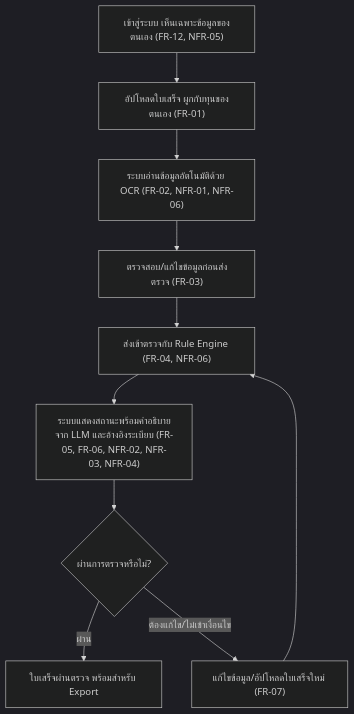
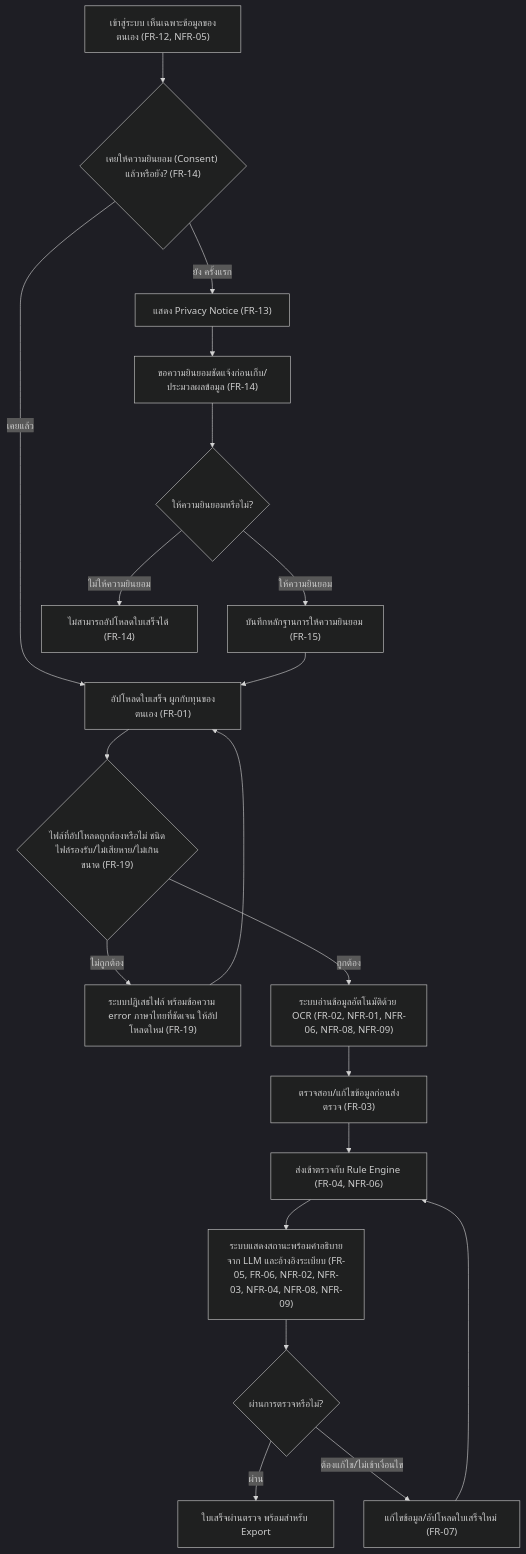
One commit to ptrsswnr/Grant-Receipt-Assistant changed the first of 7 diagrams in docs/02-design/user-journey.md. Above: the diagram before and after it, drawn with Mermaid (dark theme). The commit also changed other lines of this file and 35 other files, not shown here.

````diff
--- a/docs/02-design/user-journey.md
+++ b/docs/02-design/user-journey.md
@@ -12,17 +14,33 @@
 ```mermaid
 flowchart TD
     A["เข้าสู่ระบบ เห็นเฉพาะข้อมูลของตนเอง (FR-12, NFR-05)"]
-    B["อัปโหลดใบเสร็จ ผูกกับทุนของตนเอง (FR-01)"]
-    C["ระบบอ่านข้อมูลอัตโนมัติด้วย OCR (FR-02, NFR-01, NFR-06)"]
-    D["ตรวจสอบ/แก้ไขข้อมูลก่อนส่งตรวจ (FR-03)"]
-    E["ส่งเข้าตรวจกับ Rule Engine (FR-04, NFR-06)"]
-    F["ระบบแสดงสถานะพร้อมคำอธิบายจาก LLM และอ้างอิงระเบียบ (FR-05, FR-06, NFR-02, NFR-03, NFR-04)"]
-    G{"ผ่านการตรวจหรือไม่?"}
-    H["แก้ไขข้อมูล/อัปโหลดใบเสร็จใหม่ (FR-07)"]
-    I["ใบเสร็จผ่านตรวจ พร้อมสำหรับ Export"]
+    B{"เคยให้ความยินยอม (Consent) แล้วหรือยัง? (FR-14)"}
+    C["แสดง Privacy Notice (FR-13)"]
+    D["ขอความยินยอมชัดแจ้งก่อนเก็บ/ประมวลผลข้อมูล (FR-14)"]
+    E{"ให้ความยินยอมหรือไม่?"}
+    F["บันทึกหลักฐานการให้ความยินยอม (FR-15)"]
+    G["ไม่สามารถอัปโหลดใบเสร็จได้ (FR-14)"]
+    H["อัปโหลดใบเสร็จ ผูกกับทุนของตนเอง (FR-01)"]
+    H2{"ไฟล์ที่อัปโหลดถูกต้องหรือไม่ ชนิดไฟล์รองรับ/ไม่เสียหาย/ไม่เกินขนาด (FR-19)"}
+    H3["ระบบปฏิเสธไฟล์ พร้อมข้อความ error ภาษาไทยที่ชัดเจน ให้อัปโหลดใหม่ (FR-19)"]
+    I["ระบบอ่านข้อมูลอัตโนมัติด้วย OCR (FR-02, NFR-01, NFR-06, NFR-08, NFR-09)"]
+    J["ตรวจสอบ/แก้ไขข้อมูลก่อนส่งตรวจ (FR-03)"]
+    K["ส่งเข้าตรวจกับ Rule Engine (FR-04, NFR-06)"]
+    L["ระบบแสดงสถานะพร้อมคำอธิบายจาก LLM และอ้างอิงระเบียบ (FR-05, FR-06, NFR-02, NFR-03, NFR-04, NFR-08, NFR-09)"]
+    M{"ผ่านการตรวจหรือไม่?"}
+    N["แก้ไขข้อมูล/อัปโหลดใบเสร็จใหม่ (FR-07)"]
+    O["ใบเสร็จผ่านตรวจ พร้อมสำหรับ Export"]
 
-    A --> B --> C --> D --> E --> F --> G
-    G -->|ผ่าน| I
-    G -->|ต้องแก้ไข/ไม่เข้าเงื่อนไข| H
-    H --> E
+    A --> B
+    B -->|เคยแล้ว| H
+    B -->|ยัง ครั้งแรก| C --> D --> E
+    E -->|ให้ความยินยอม| F --> H
+    E -->|ไม่ให้ความยินยอม| G
+    H --> H2
+    H2 -->|ไม่ถูกต้อง| H3 --> H
+    H2 -->|ถูกต้อง| I
+    I --> J --> K --> L --> M
+    M -->|ผ่าน| O
+    M -->|ต้องแก้ไข/ไม่เข้าเงื่อนไข| N
+    N --> K
 ```
````
